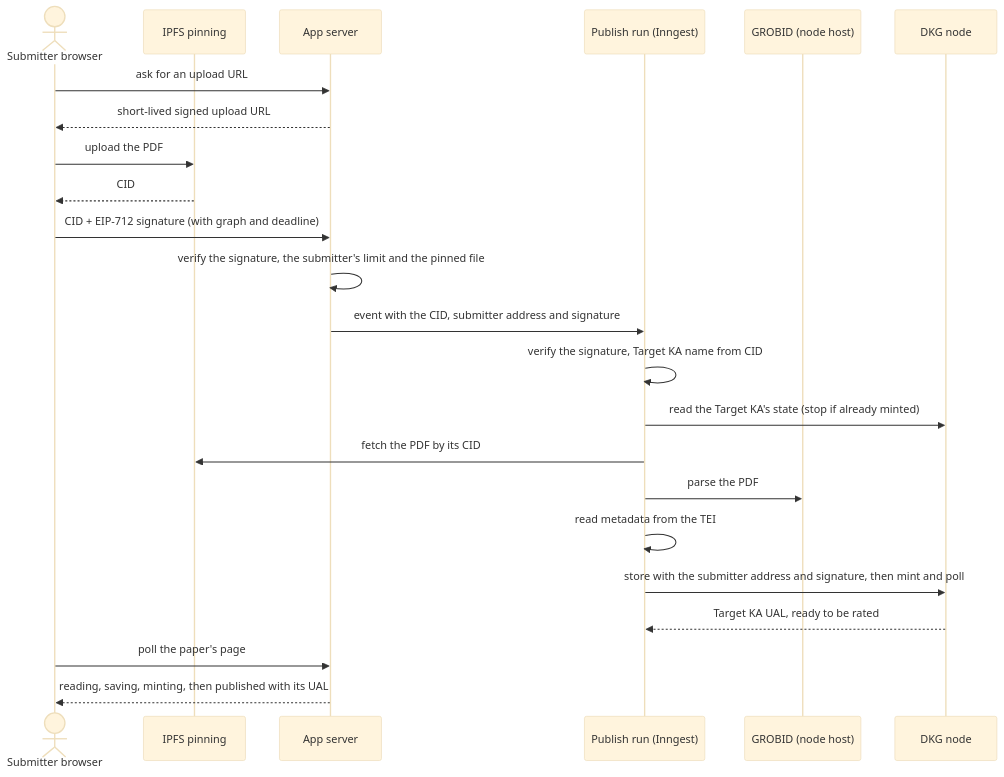
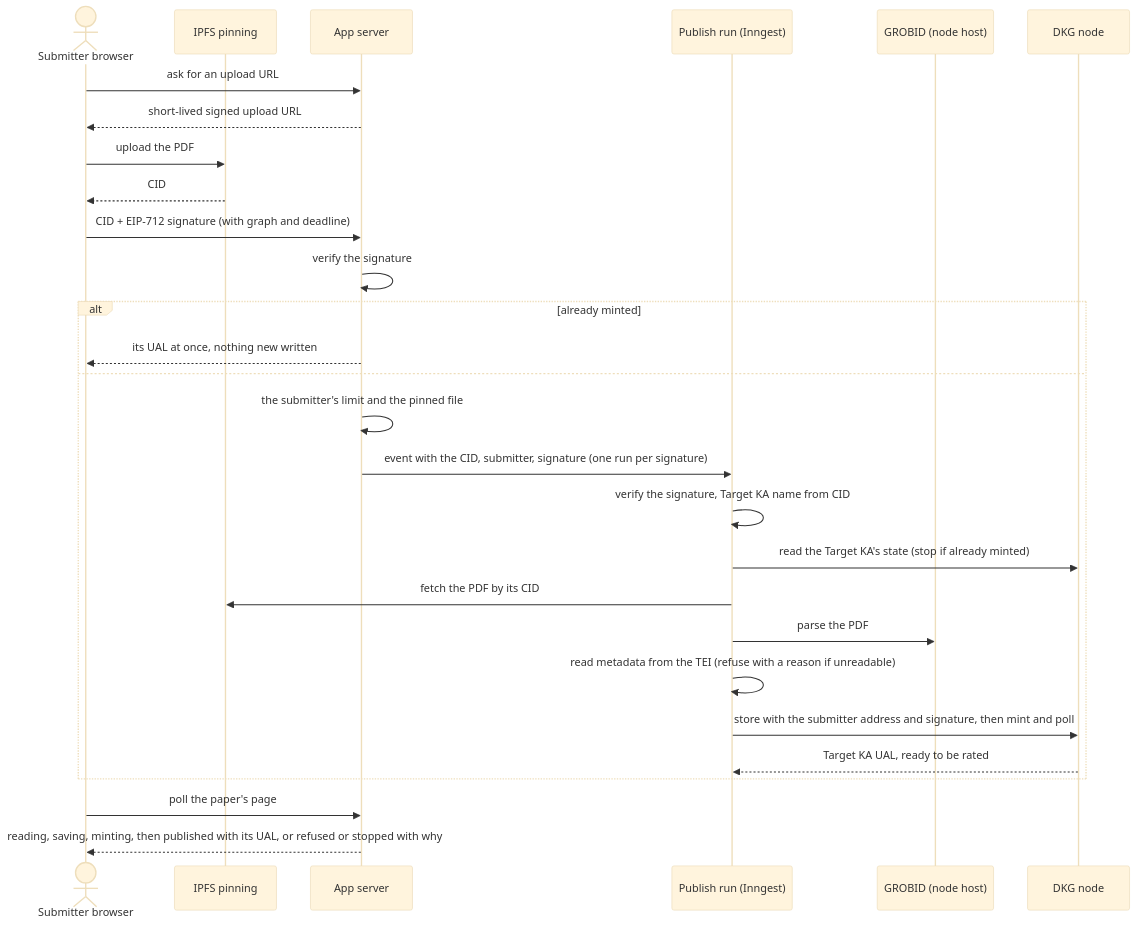
The second of 3 diagrams in README.md (SiegfriedBz/verisci), drawn with Mermaid (base theme) before and after one commit. The commit also changed other lines of this file and 2 other files, not shown here.

Commit message:
docs(repo): describe the paper page and VeriSci in the READMEs
The root README names the product VeriSci and its publish diagram
shows the already-published short cut and why a paper is refused or
stopped. The web README gains a section on the paper page, with its
stages as a state diagram, and lists the design rules one per line.

````diff
--- a/README.md
+++ b/README.md
@@ -97,25 +98,30 @@
 ```mermaid
 sequenceDiagram
   actor U as Submitter browser
   participant P as IPFS pinning
   participant A as App server
   participant R as Publish run (Inngest)
   participant G as GROBID (node host)
   participant N as DKG node
   U->>A: ask for an upload URL
   A-->>U: short-lived signed upload URL
   U->>P: upload the PDF
   P-->>U: CID
   U->>A: CID + EIP-712 signature (with graph and deadline)
-  A->>A: verify the signature, the submitter's limit and the pinned file
-  A->>R: event with the CID, submitter address and signature
-  R->>R: verify the signature, Target KA name from CID
-  R->>N: read the Target KA's state (stop if already minted)
-  R->>P: fetch the PDF by its CID
-  R->>G: parse the PDF
-  R->>R: read metadata from the TEI
-  R->>N: store with the submitter address and signature, then mint and poll
-  N-->>R: Target KA UAL, ready to be rated
+  A->>A: verify the signature
+  alt already minted
+    A-->>U: its UAL at once, nothing new written
+  else
+    A->>A: the submitter's limit and the pinned file
+    A->>R: event with the CID, submitter, signature (one run per signature)
+    R->>R: verify the signature, Target KA name from CID
+    R->>N: read the Target KA's state (stop if already minted)
+    R->>P: fetch the PDF by its CID
+    R->>G: parse the PDF
+    R->>R: read metadata from the TEI (refuse with a reason if unreadable)
+    R->>N: store with the submitter address and signature, then mint and poll
+    N-->>R: Target KA UAL, ready to be rated
+  end
   U->>A: poll the paper's page
-  A-->>U: reading, saving, minting, then published with its UAL
+  A-->>U: reading, saving, minting, then published with its UAL, or refused or stopped with why
 ```
````
